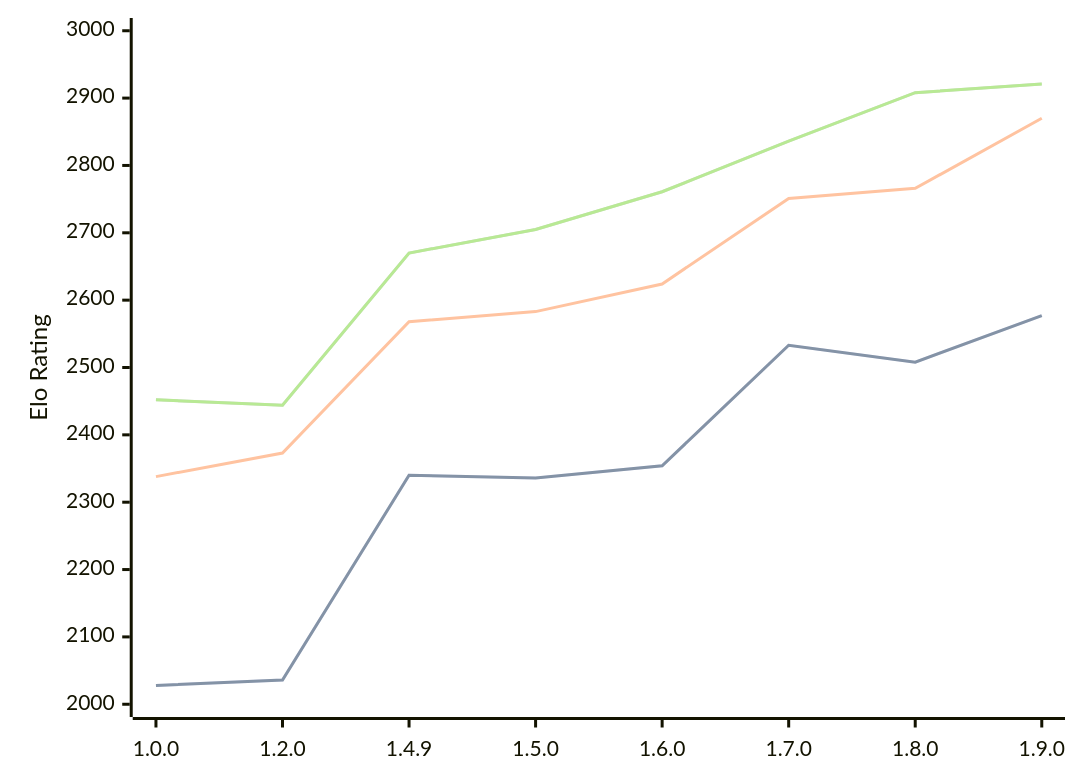
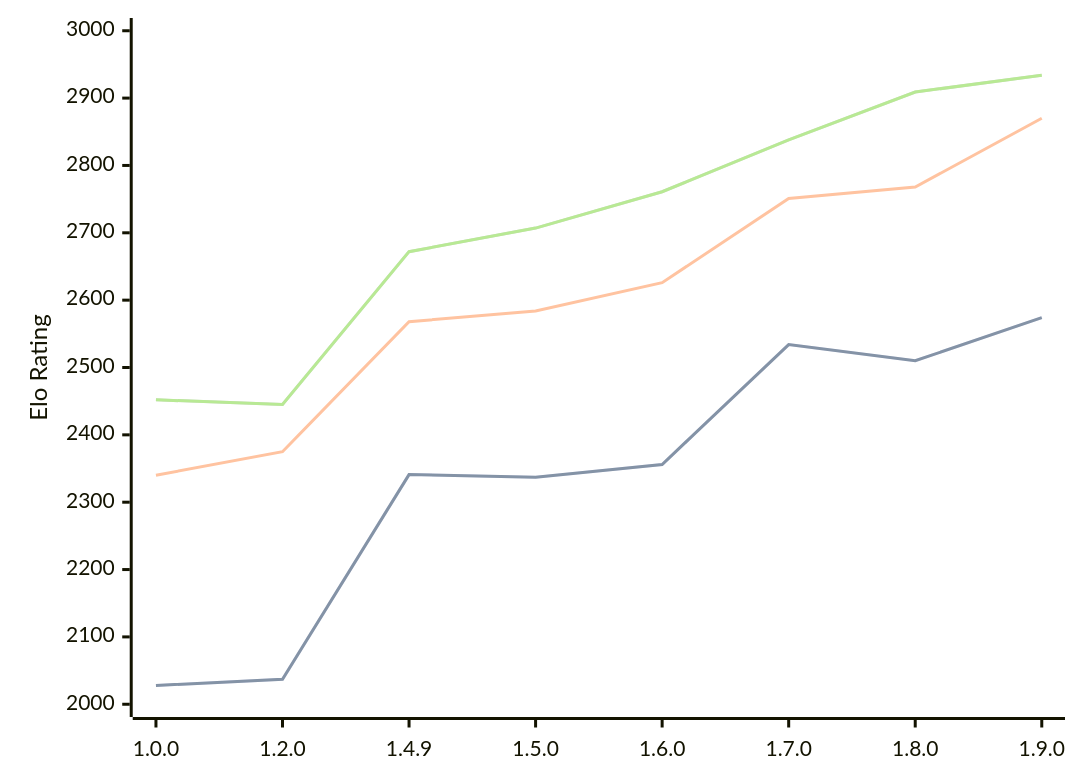
Before and after one commit to computer-chess-index/cci: the diagram in engines/Basilisk.md, drawn with Mermaid. The commit also changed other lines of this file, not shown here.

Commit message:
Update CCI Ratings (ELO VLTC) - 2026-07-23

````diff
--- a/engines/Basilisk.md
+++ b/engines/Basilisk.md
@@ -52,11 +52,11 @@
 ```mermaid
 %%{init: {"theme":"base","themeVariables":{"seriesColors:['#a3a3a3','#222221','#faa371']}}}%%
 xychart-beta
   x-axis ["1.0.0", "1.2.0", "1.4.9", "1.5.0", "1.6.0", "1.7.0", "1.8.0", "1.9.0"]
   y-axis "Elo Rating" 2000 --> 3000
-  line "STC (8.0+0.08s)" [2028, 2036, 2340, 2336, 2354, 2533, 2508, 2577]
-  line "STC (8.0+0.08s)" [2028, 2036, 2340, 2336, 2354, 2533, 2508, 2577]
-  line "LTC (60.0+0.60s)" [2338, 2373, 2568, 2583, 2624, 2751, 2766, 2870]
-  line "VLTC (2m24s+1.12s)" [2452, 2444, 2670, 2705, 2761, 2836, 2908, 2921]
-  line "VLTC (2m24s+1.12s)" [2452, 2444, 2670, 2705, 2761, 2836, 2908, 2921]
+  line "STC (8.0+0.08s)" [2028, 2037, 2341, 2337, 2356, 2534, 2510, 2574]
+  line "STC (8.0+0.08s)" [2028, 2037, 2341, 2337, 2356, 2534, 2510, 2574]
+  line "LTC (60.0+0.60s)" [2340, 2375, 2568, 2584, 2626, 2751, 2768, 2870]
+  line "VLTC (2m24s+1.12s)" [2452, 2445, 2672, 2707, 2761, 2838, 2909, 2934]
+  line "VLTC (2m24s+1.12s)" [2452, 2445, 2672, 2707, 2761, 2838, 2909, 2934]
 ```
````
